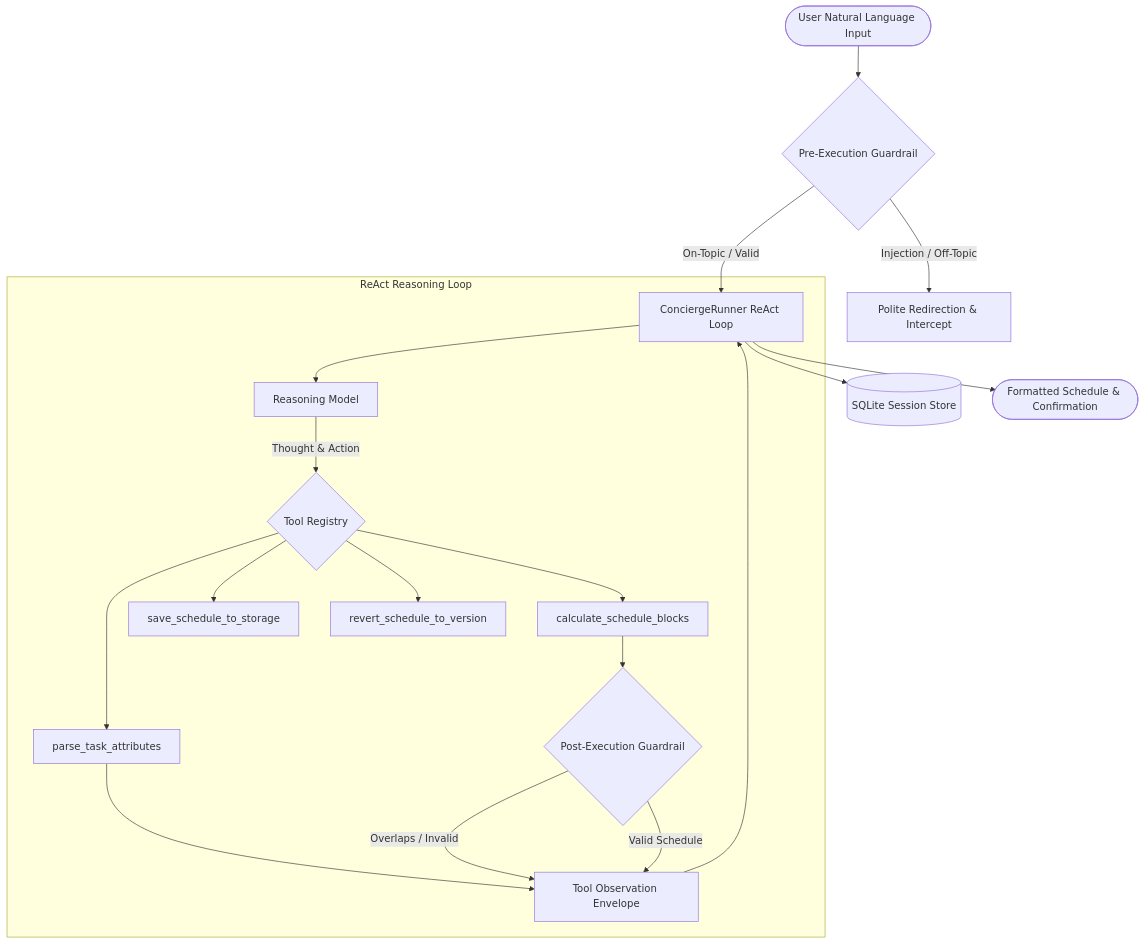
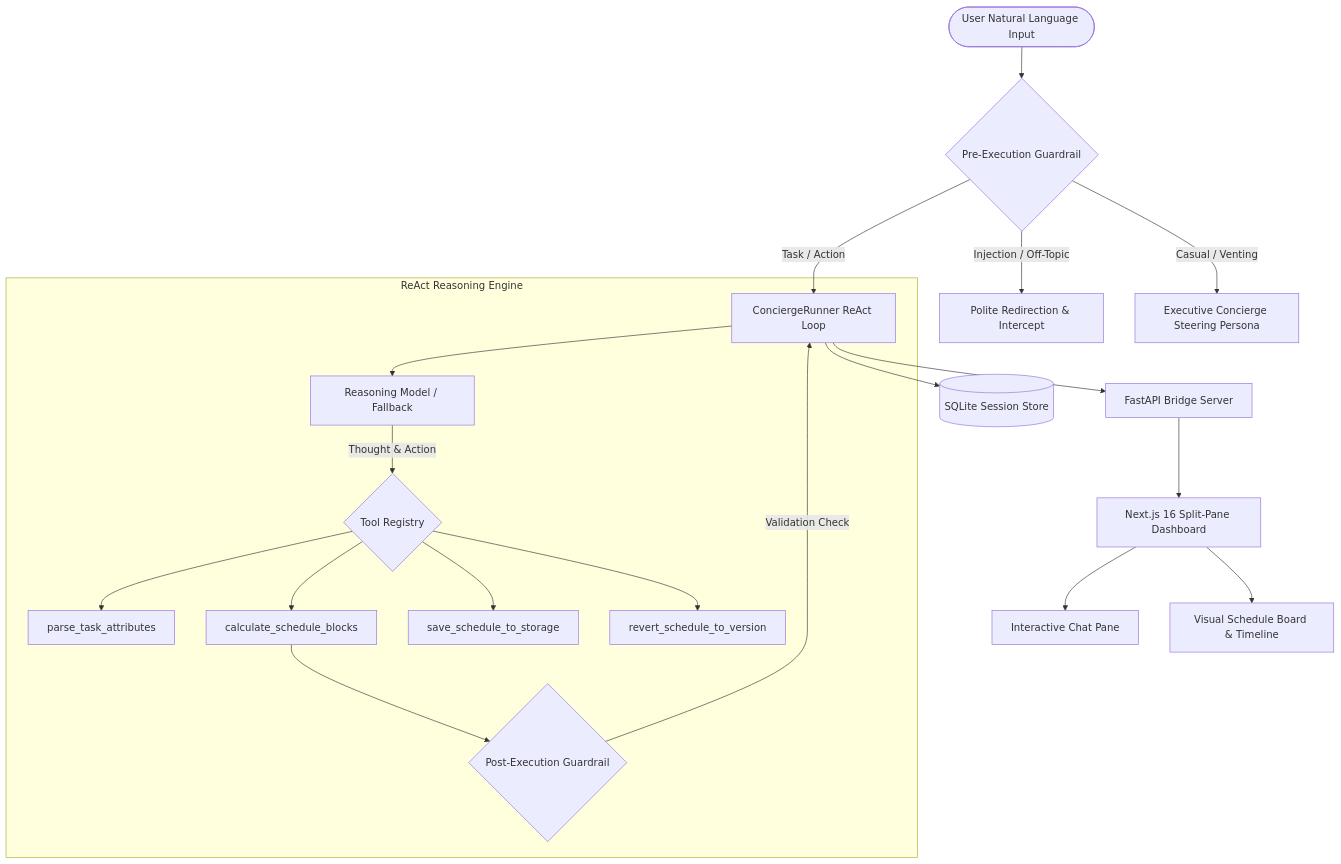
The diagram in README.md (KaushikkkV/daily-routine-agent), drawn with Mermaid before and after one commit. The commit also changed other lines of this file, not shown here.

Commit message:
docs: update README with full-stack Next.js architecture, executive concierge steering, and test suites

````diff
--- a/README.md
+++ b/README.md
@@ -32,23 +51,24 @@
 ```mermaid
 graph TD
     User([User Natural Language Input]) --> PreGuard{Pre-Execution Guardrail}
     PreGuard -->|Injection / Off-Topic| Redirect[Polite Redirection & Intercept]
-    PreGuard -->|On-Topic / Valid| Runner[ConciergeRunner ReAct Loop]
+    PreGuard -->|Casual / Venting| Steering[Executive Concierge Steering Persona]
+    PreGuard -->|Task / Action| Runner[ConciergeRunner ReAct Loop]
 
-    subgraph ReAct Reasoning Loop
-        Runner --> LLM[Reasoning Model]
+    subgraph ReAct Reasoning Engine
+        Runner --> LLM[Reasoning Model / Fallback]
         LLM -->|Thought & Action| ToolRouter{Tool Registry}
         ToolRouter --> ToolParse[parse_task_attributes]
         ToolRouter --> ToolCalc[calculate_schedule_blocks]
         ToolRouter --> ToolSave[save_schedule_to_storage]
         ToolRouter --> ToolRevert[revert_schedule_to_version]
-        ToolParse --> Observation[Tool Observation Envelope]
         ToolCalc --> PostGuard{Post-Execution Guardrail}
-        PostGuard -->|Overlaps / Invalid| Observation
-        PostGuard -->|Valid Schedule| Observation
-        Observation --> Runner
+        PostGuard -->|Validation Check| Runner
     end
 
     Runner --> SessionStore[(SQLite Session Store)]
-    Runner --> Response([Formatted Schedule & Confirmation])
+    Runner --> FastAPIServer[FastAPI Bridge Server]
+    FastAPIServer --> Frontend[Next.js 16 Split-Pane Dashboard]
+    Frontend --> ChatPane[Interactive Chat Pane]
+    Frontend --> ScheduleBoard[Visual Schedule Board & Timeline]
 ```
````
